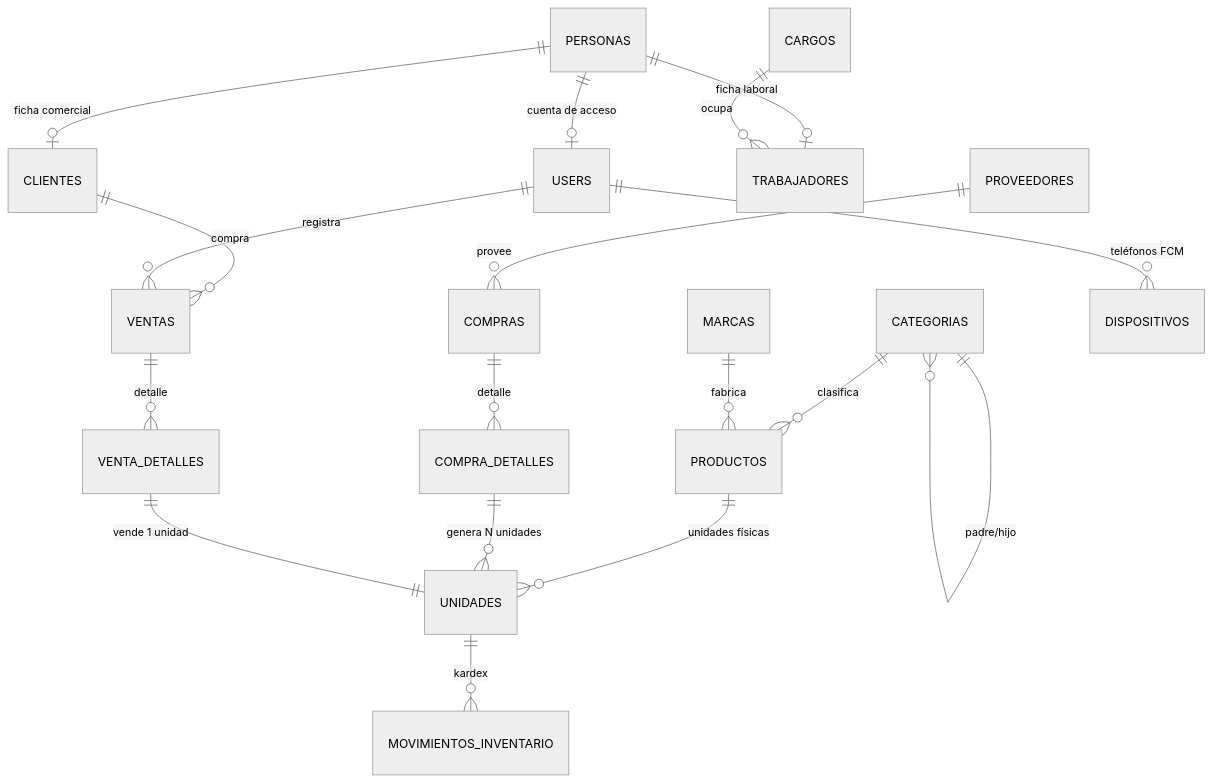
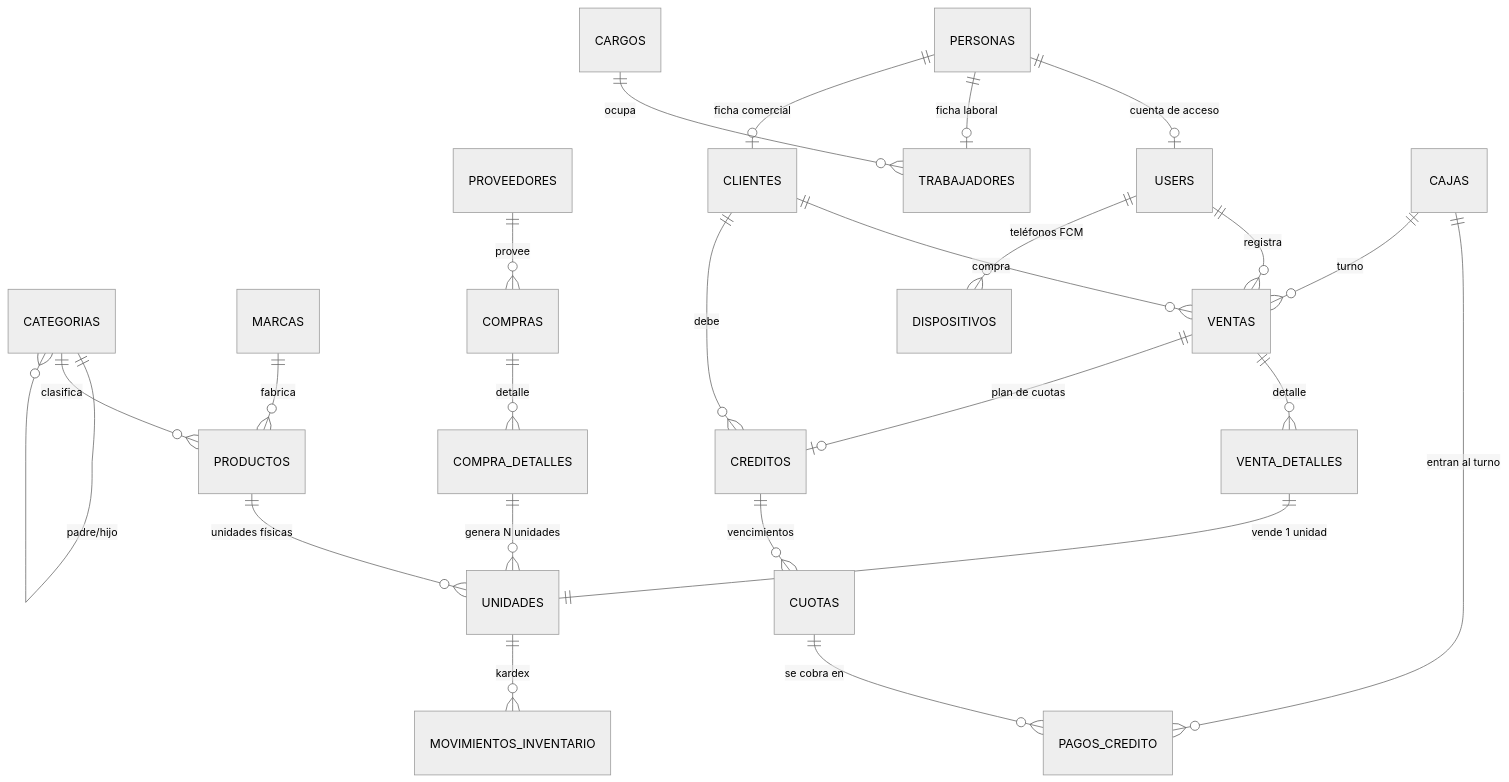
The second of 2 diagrams in docs/PLAN.md (veimarivas/venta-electrodomesticos), drawn with Mermaid (neutral theme) before and after one commit. The commit also changed other lines of this file and 33 other files, not shown here.

First line of the commit message:
feat: venta a credito y cuotas

````diff
--- a/docs/PLAN.md
+++ b/docs/PLAN.md
@@ -64,20 +64,26 @@
 ```mermaid
 erDiagram
     CATEGORIAS ||--o{ CATEGORIAS : "padre/hijo"
     CATEGORIAS ||--o{ PRODUCTOS : clasifica
     MARCAS     ||--o{ PRODUCTOS : fabrica
     PRODUCTOS  ||--o{ UNIDADES : "unidades físicas"
     PROVEEDORES ||--o{ COMPRAS : provee
     COMPRAS    ||--o{ COMPRA_DETALLES : detalle
     COMPRA_DETALLES ||--o{ UNIDADES : "genera N unidades"
     PERSONAS   ||--o| USERS : "cuenta de acceso"
     PERSONAS   ||--o| TRABAJADORES : "ficha laboral"
     PERSONAS   ||--o| CLIENTES : "ficha comercial"
     CARGOS     ||--o{ TRABAJADORES : ocupa
     VENTAS     ||--o{ VENTA_DETALLES : detalle
     VENTA_DETALLES ||--|| UNIDADES : "vende 1 unidad"
     CLIENTES   ||--o{ VENTAS : compra
     USERS      ||--o{ VENTAS : registra
+    VENTAS     ||--o| CREDITOS : "plan de cuotas"
+    CLIENTES   ||--o{ CREDITOS : debe
+    CREDITOS   ||--o{ CUOTAS : "vencimientos"
+    CUOTAS     ||--o{ PAGOS_CREDITO : "se cobra en"
+    CAJAS      ||--o{ PAGOS_CREDITO : "entran al turno"
+    CAJAS      ||--o{ VENTAS : "turno"
     UNIDADES   ||--o{ MOVIMIENTOS_INVENTARIO : kardex
     USERS      ||--o{ DISPOSITIVOS : "teléfonos FCM"
 ```
````
